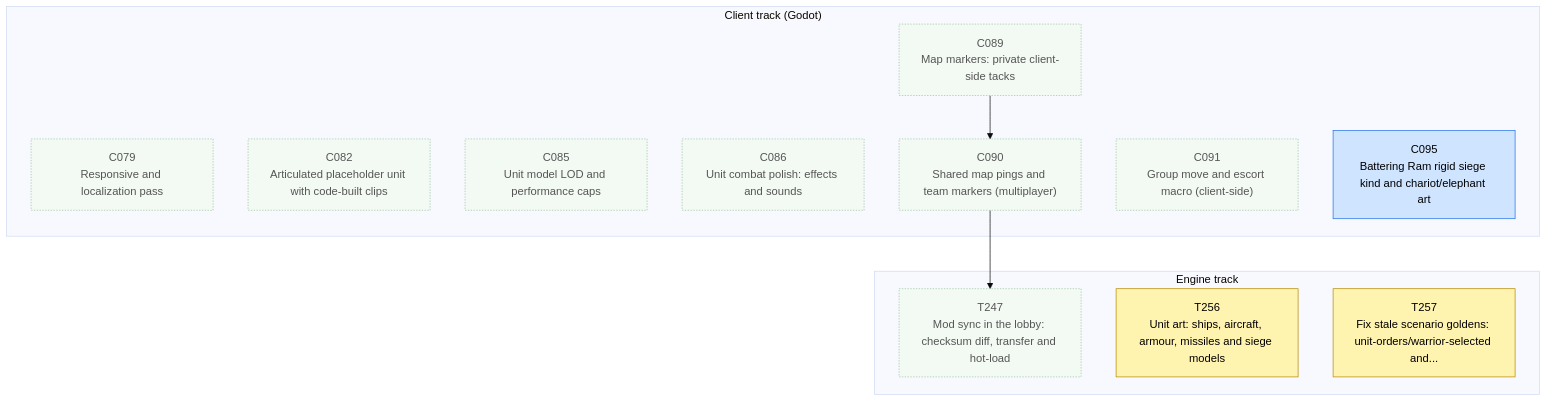
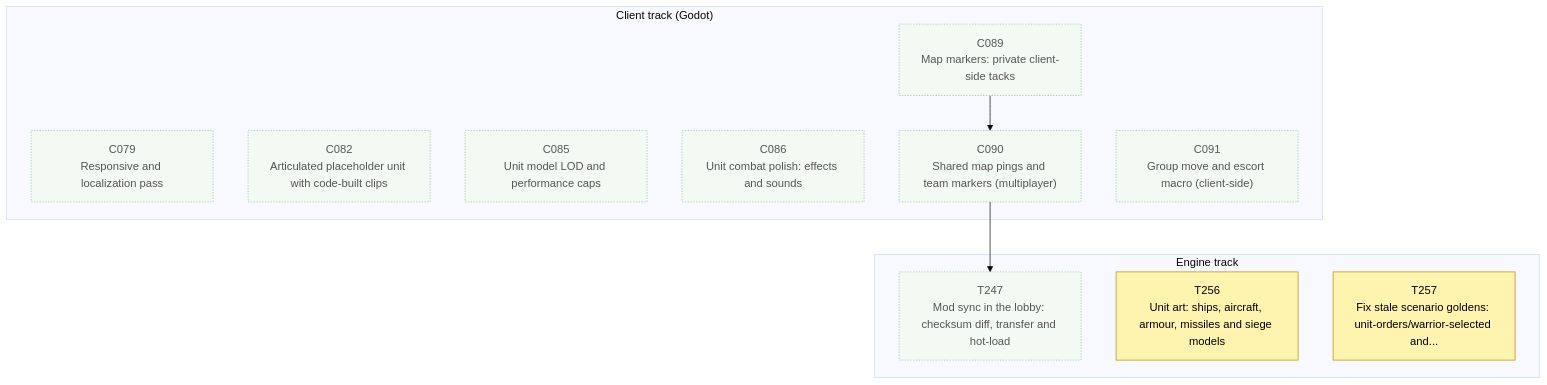
The first of 3 diagrams in csharp/migration/DEPENDENCY_MAP.md (Kenmura/Unciv), drawn with Mermaid (base theme) before and after one commit. The commit also changed other lines of this file and 1 other file, not shown here.

Commit message:
migration: review C095 pass [Adversarial Review]

````diff
--- a/csharp/migration/DEPENDENCY_MAP.md
+++ b/csharp/migration/DEPENDENCY_MAP.md
@@ -25,38 +25,36 @@
 ```mermaid
 flowchart TD
   subgraph TTRACK["Engine track"]
     T247["T247<br/>Mod sync in the lobby: checksum diff, transfer and hot-load"]
     T256["T256<br/>Unit art: ships, aircraft, armour, missiles and siege models"]
     T257["T257<br/>Fix stale scenario goldens: unit-orders/warrior-selected and..."]
   end
   subgraph CTRACK["Client track (Godot)"]
     C079["C079<br/>Responsive and localization pass"]
     C082["C082<br/>Articulated placeholder unit with code-built clips"]
     C085["C085<br/>Unit model LOD and performance caps"]
     C086["C086<br/>Unit combat polish: effects and sounds"]
     C089["C089<br/>Map markers: private client-side tacks"]
     C090["C090<br/>Shared map pings and team markers (multiplayer)"]
     C091["C091<br/>Group move and escort macro (client-side)"]
-    C095["C095<br/>Battering Ram rigid siege kind and chariot/elephant art"]
   end
   C090 --> T247
   C089 --> C090
   classDef waiting fill:#f3faf3,stroke:#9bc49b,color:#555,stroke-dasharray:2 2
   classDef ondeck fill:#ffe8cc,stroke:#e8590c,stroke-width:3px,color:#000
   classDef ready fill:#7ee787,stroke:#1a7f37,stroke-width:3px,color:#000
   classDef prog fill:#fff3b0,stroke:#b58900,color:#000
   classDef review fill:#cfe4ff,stroke:#1f6feb,color:#000
   classDef blocked fill:#ffd6d6,stroke:#c62828,color:#000
   classDef done fill:#eeeeee,stroke:#999999,color:#666,stroke-dasharray:4 3
   class C079 waiting
   class C082 waiting
   class C085 waiting
   class C086 waiting
   class C089 waiting
   class C090 waiting
   class C091 waiting
-  class C095 review
   class T247 waiting
   class T256 prog
   class T257 prog
 ```
````
